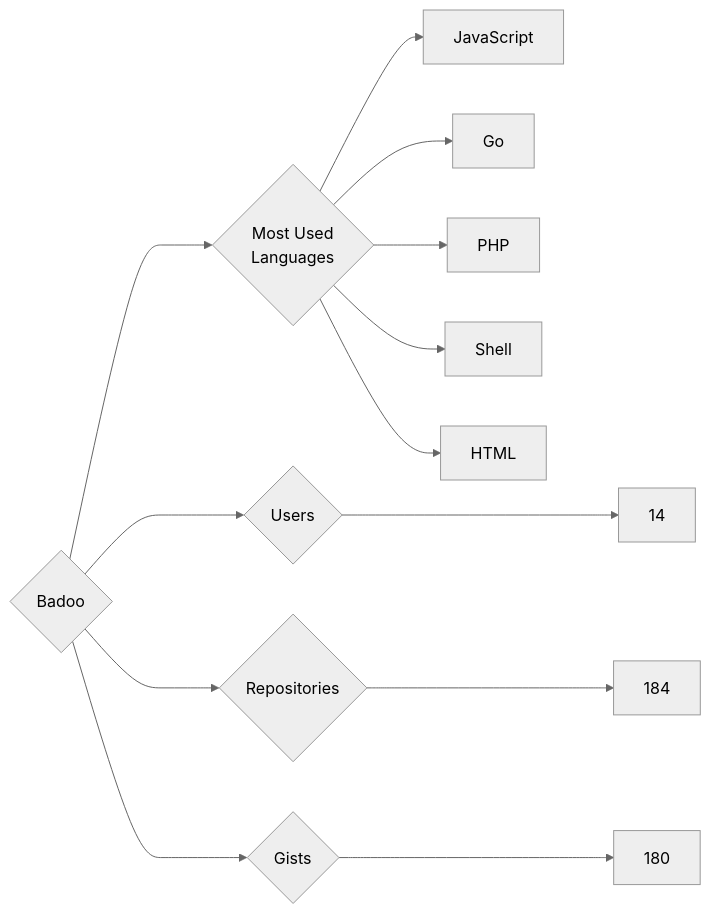
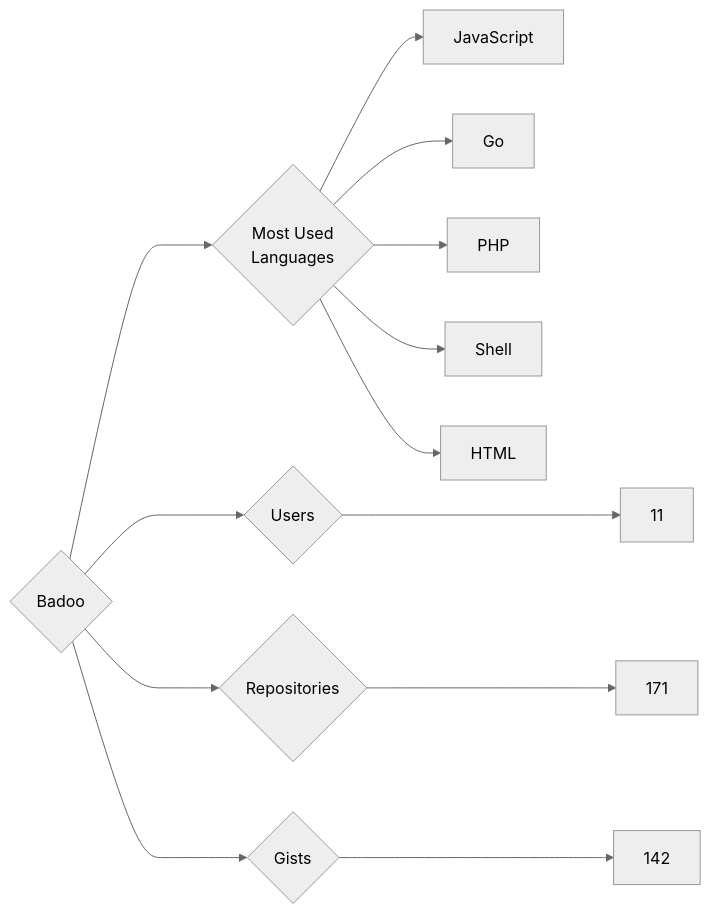
The diagram in targets/Badoo/README.md (trickest/insiders), drawn with Mermaid (neutral theme) before and after one commit. The commit also changed 622 other files, not shown here.

````diff
--- a/targets/Badoo/README.md
+++ b/targets/Badoo/README.md
@@ -3,13 +3,13 @@
 ```mermaid
 graph LR
 COMPANY_NAME{Badoo}
-COMPANY_NAME ---> U{Users} ---> UN[14]
-COMPANY_NAME ---> R{Repositories} ---> RN[184]
-COMPANY_NAME ---> G{Gists} ---> GN[180]
+COMPANY_NAME ---> U{Users} ---> UN[11]
+COMPANY_NAME ---> R{Repositories} ---> RN[171]
+COMPANY_NAME ---> G{Gists} ---> GN[142]
 COMPANY_NAME ---> ML{Most Used<br>Languages}
 ML --> JavaScript[JavaScript]
 ML --> Go[Go]
 ML --> PHP[PHP]
 ML --> Shell[Shell]
 ML --> HTML[HTML]
 ```
````
